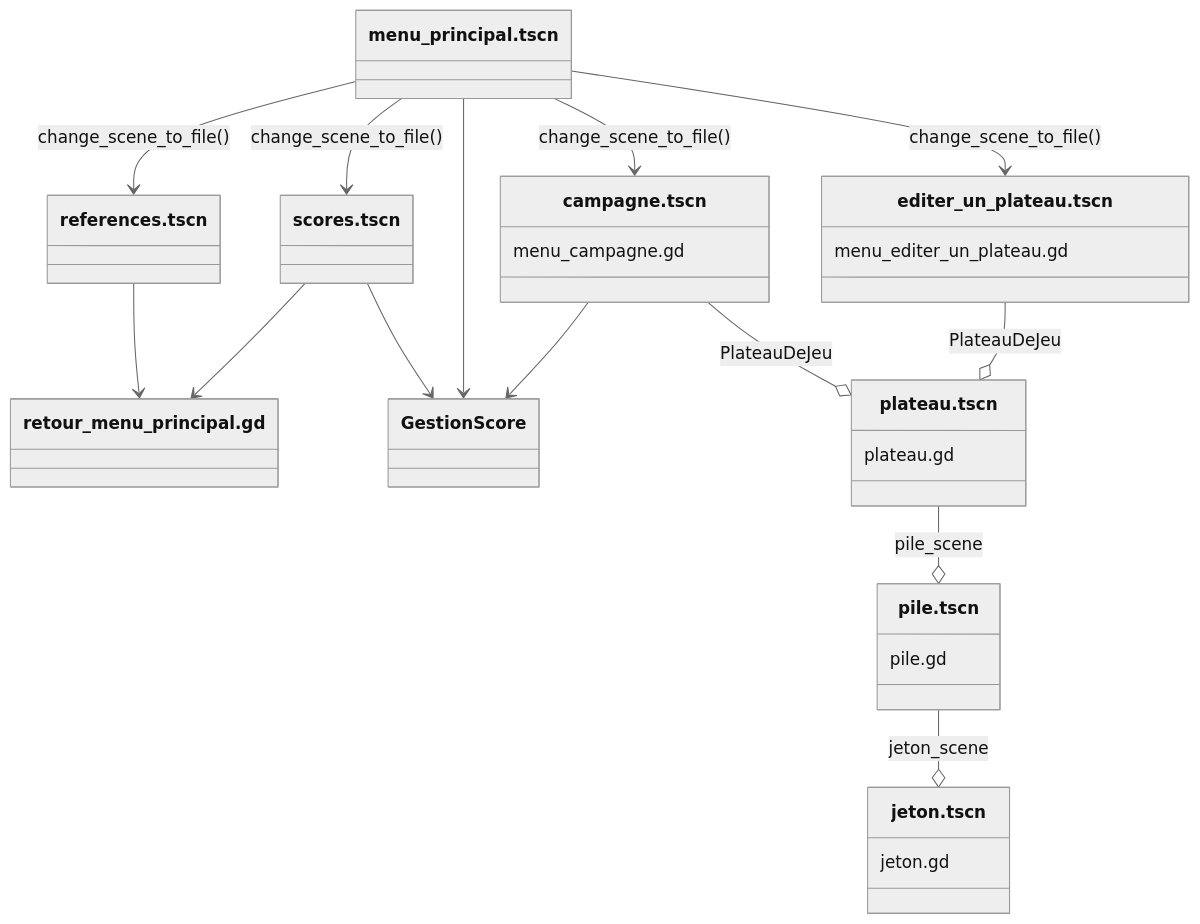
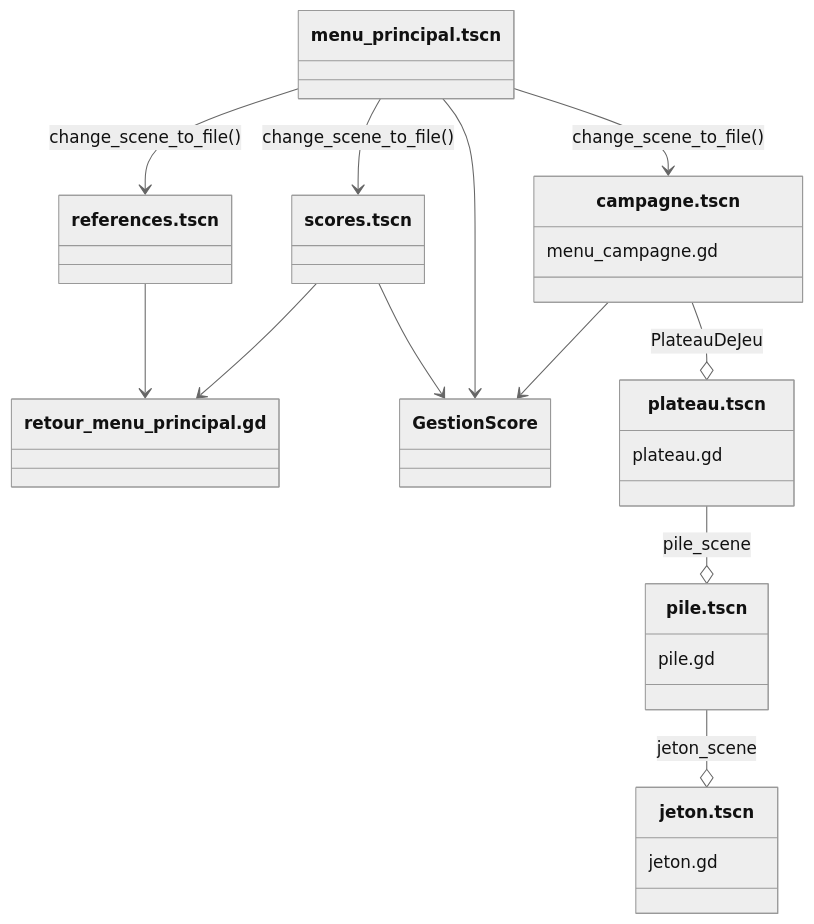
The diagram in docs/Godot-Color-Sort-For-Anna.md (leguims/godot-color-sort-for-anna), drawn with Mermaid (neutral theme) before and after one commit. The commit also changed 3 other files, not shown here.

````diff
--- a/docs/Godot-Color-Sort-For-Anna.md
+++ b/docs/Godot-Color-Sort-For-Anna.md
@@ -9,37 +9,31 @@
 ```mermaid
 classDiagram
 menu_principal.tscn --> references.tscn : change_scene_to_file()
 menu_principal.tscn --> scores.tscn : change_scene_to_file()
 menu_principal.tscn --> GestionScore
 menu_principal.tscn --> campagne.tscn : change_scene_to_file()
-menu_principal.tscn --> editer_un_plateau.tscn : change_scene_to_file()
 
 class campagne.tscn {
     menu_campagne.gd
 }
 campagne.tscn --> GestionScore
 campagne.tscn --o plateau.tscn : PlateauDeJeu
-
-class editer_un_plateau.tscn {
-    menu_editer_un_plateau.gd
-}
-editer_un_plateau.tscn --o plateau.tscn : PlateauDeJeu
 
 references.tscn --> retour_menu_principal.gd
 scores.tscn --> retour_menu_principal.gd
 scores.tscn --> GestionScore
 
 class plateau.tscn {
     plateau.gd
 }
 plateau.tscn --o pile.tscn : pile_scene
 
 class pile.tscn {
     pile.gd
 }
 pile.tscn --o jeton.tscn : jeton_scene
 
 class jeton.tscn {
     jeton.gd
 }
 ```
````
